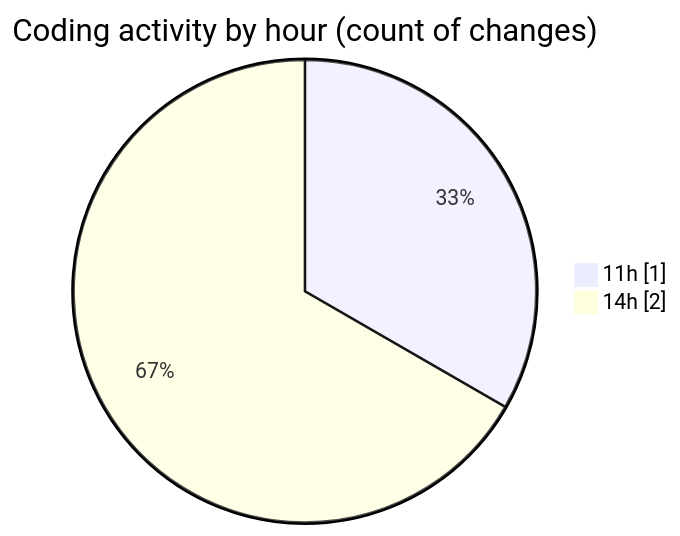
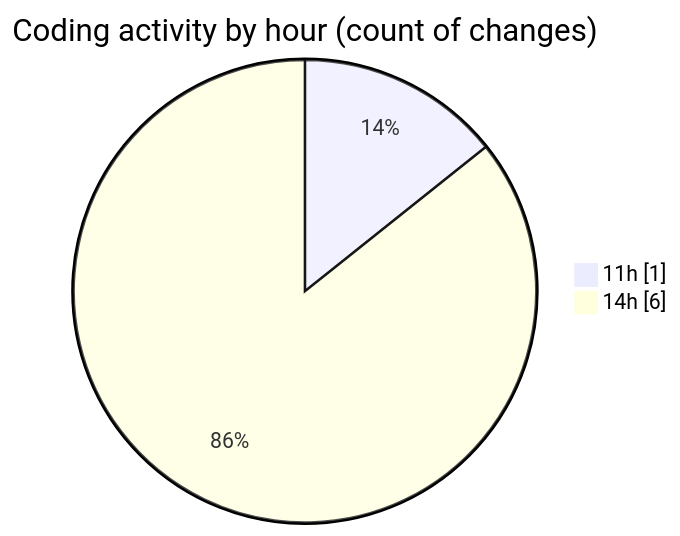
One commit to debugP/code-tracking changed the second of 2 diagrams in 2025-10-23/untitled__workspace_/README.md. Above: the diagram before and after it, drawn with Mermaid. The commit also changed other lines of this file and 1 other file, not shown here.

````diff
--- a/2025-10-23/untitled__workspace_/README.md
+++ b/2025-10-23/untitled__workspace_/README.md
@@ -30,6 +30,6 @@
 ```mermaid
 pie showData
 title Coding activity by hour (count of changes)
 "11h" : 1
-"14h" : 2
+"14h" : 6
 ```
````
